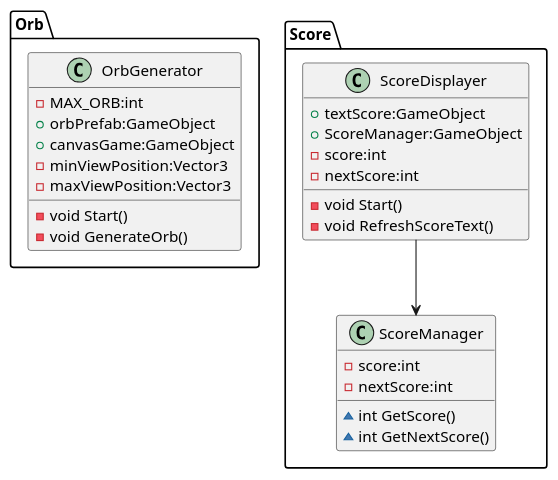
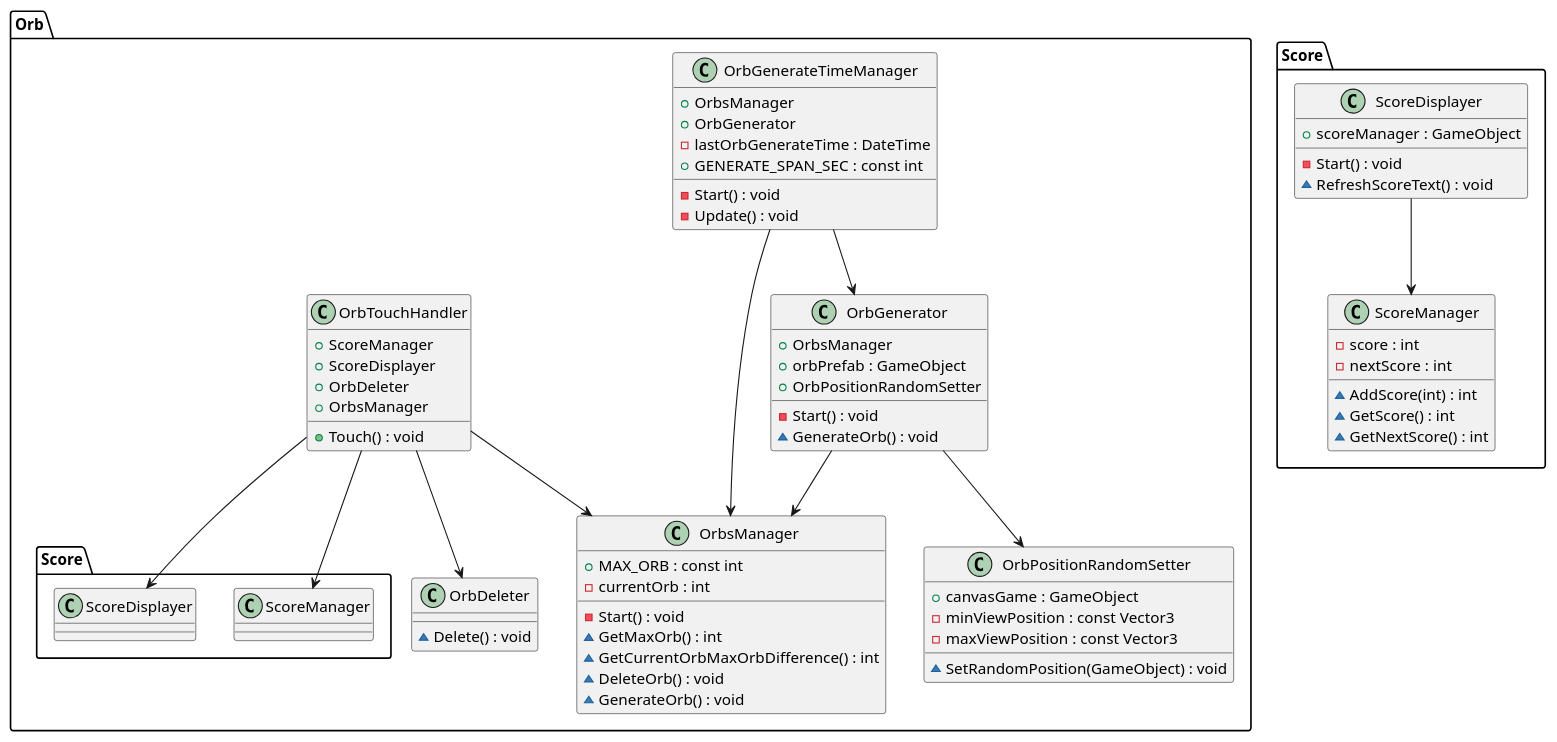
The diagram in TheTemple/Assets/UML/TheTemple.pu (gladiolusbamboo/180921UnityTerakoyaAgain), drawn with PlantUML before and after one commit. The commit also changed 18 other files, not shown here.

```diff
--- a/TheTemple/Assets/UML/TheTemple.pu
+++ b/TheTemple/Assets/UML/TheTemple.pu
@@ -1,30 +1,74 @@
 @startuml TheTemple
 namespace Orb{
-    Class OrbGenerator
-    OrbGenerator : -MAX_ORB:int
-    OrbGenerator : +orbPrefab:GameObject
-    OrbGenerator : +canvasGame:GameObject
-    OrbGenerator : -minViewPosition:Vector3
-    OrbGenerator : -maxViewPosition:Vector3
-    OrbGenerator : -void Start()
-    OrbGenerator : -void GenerateOrb()
+    class OrbDeleter{
+        ~ Delete() : void
+    }
+
+    class OrbGenerateTimeManager{
+        + OrbsManager
+        + OrbGenerator
+        - lastOrbGenerateTime : DateTime
+        + GENERATE_SPAN_SEC : const int
+        - Start() : void
+        - Update() : void
+    }
+    OrbGenerateTimeManager --> OrbsManager
+    OrbGenerateTimeManager --> OrbGenerator
+
+    class OrbGenerator{
+        + OrbsManager
+        + orbPrefab : GameObject
+        + OrbPositionRandomSetter
+        - Start() : void
+        ~ GenerateOrb() : void
+    }
+    OrbGenerator --> OrbsManager
+    OrbGenerator --> OrbPositionRandomSetter
+
+    class OrbPositionRandomSetter{
+        + canvasGame : GameObject
+        - minViewPosition : const Vector3
+        - maxViewPosition : const Vector3
+        ~ SetRandomPosition(GameObject) : void
+    }
+
+    class OrbsManager{
+        + MAX_ORB : const int
+        - currentOrb : int
+        - Start() : void
+        ~ GetMaxOrb() : int
+        ~ GetCurrentOrbMaxOrbDifference() : int
+        ~ DeleteOrb() : void
+        ~ GenerateOrb() : void
+    }
+
+    class OrbTouchHandler{
+        + ScoreManager
+        + ScoreDisplayer
+        + OrbDeleter
+        + OrbsManager
+        + Touch() : void
+    }
+    OrbTouchHandler --> Score.ScoreManager
+    OrbTouchHandler --> Score.ScoreDisplayer
+    OrbTouchHandler --> OrbDeleter
+    OrbTouchHandler --> OrbsManager
 }
 
 namespace Score{
-    Class ScoreManager
-    ScoreManager : -score:int
-    ScoreManager : -nextScore:int
-    ScoreManager : ~int GetScore()
-    ScoreManager : ~int GetNextScore()
+    class ScoreDisplayer{
+        + scoreManager : GameObject
+        - Start() : void
+        ~ RefreshScoreText() : void
+    }
 
-    Class ScoreDisplayer
-    ScoreDisplayer : +textScore:GameObject
-    ScoreDisplayer : +ScoreManager:GameObject
-    ScoreDisplayer : -score:int
-    ScoreDisplayer : -nextScore:int
-    ScoreDisplayer : -void Start()
-    ScoreDisplayer : -void RefreshScoreText()
-
+    class ScoreManager{
+        - score : int
+        - nextScore : int
+        ~ AddScore(int) : int
+        ~ GetScore() : int
+        ~ GetNextScore() : int
+    }
     ScoreDisplayer --> ScoreManager
 }
 @enduml
```
